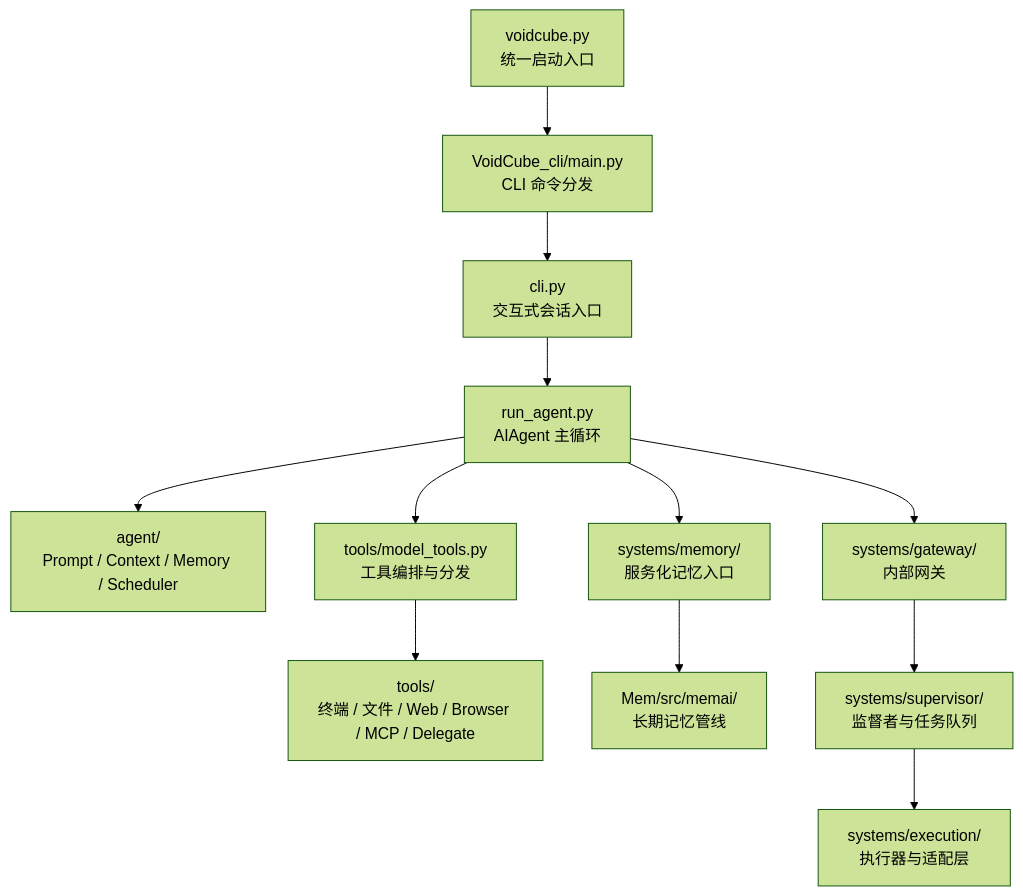
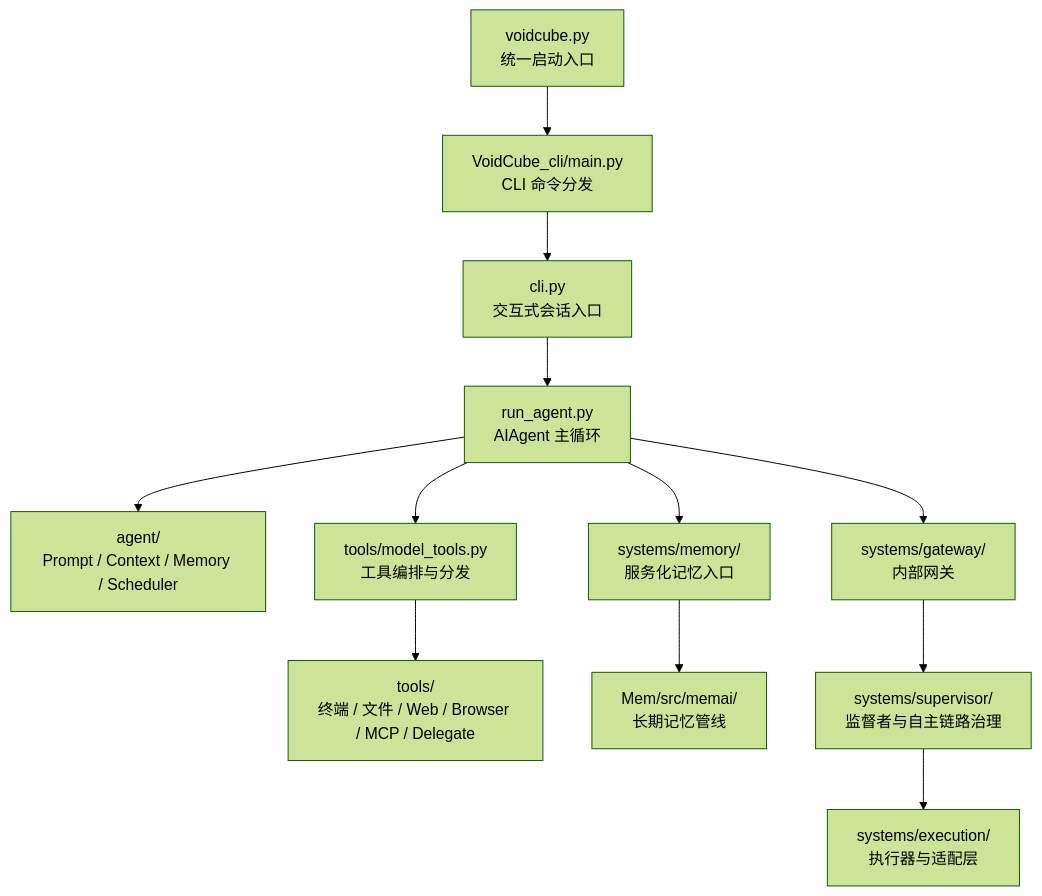
The first of 2 diagrams in docs/项目文件架构说明.md (LSgit-hub/VoidCube), drawn with Mermaid (forest theme) before and after one commit. The commit also changed other lines of this file and 26 other files, not shown here.

````diff
--- a/docs/项目文件架构说明.md
+++ b/docs/项目文件架构说明.md
@@ -57,14 +57,14 @@
 ```mermaid
 flowchart TD
     A[voidcube.py<br/>统一启动入口] --> B[VoidCube_cli/main.py<br/>CLI 命令分发]
     B --> C[cli.py<br/>交互式会话入口]
     C --> D[run_agent.py<br/>AIAgent 主循环]
     D --> E[agent/<br/>Prompt / Context / Memory / Scheduler]
     D --> F[tools/model_tools.py<br/>工具编排与分发]
     F --> G[tools/<br/>终端 / 文件 / Web / Browser / MCP / Delegate]
     D --> H[systems/gateway/<br/>内部网关]
     D --> I[systems/memory/<br/>服务化记忆入口]
     I --> J[Mem/src/memai/<br/>长期记忆管线]
-    H --> K[systems/supervisor/<br/>监督者与任务队列]
+    H --> K[systems/supervisor/<br/>监督者与自主链路治理]
     K --> L[systems/execution/<br/>执行器与适配层]
 ```
````
